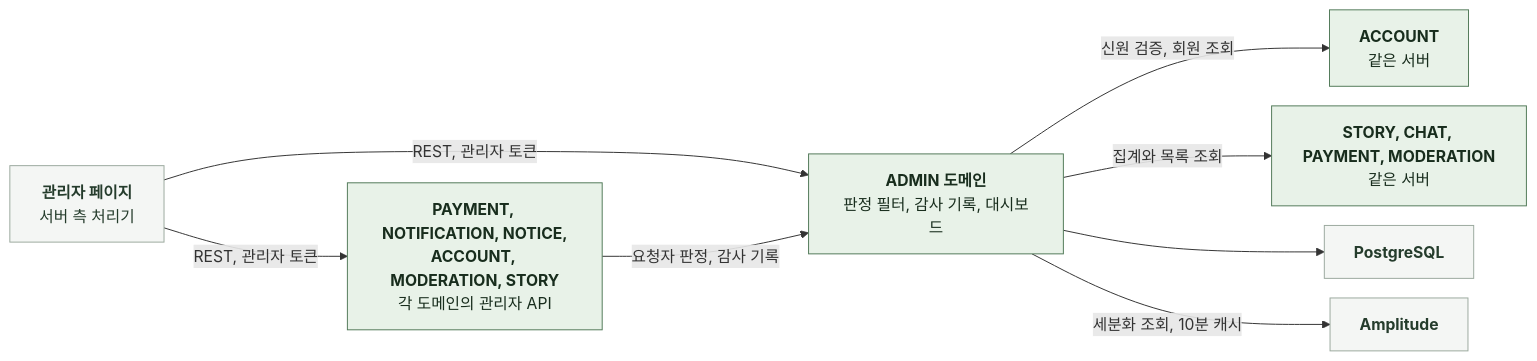
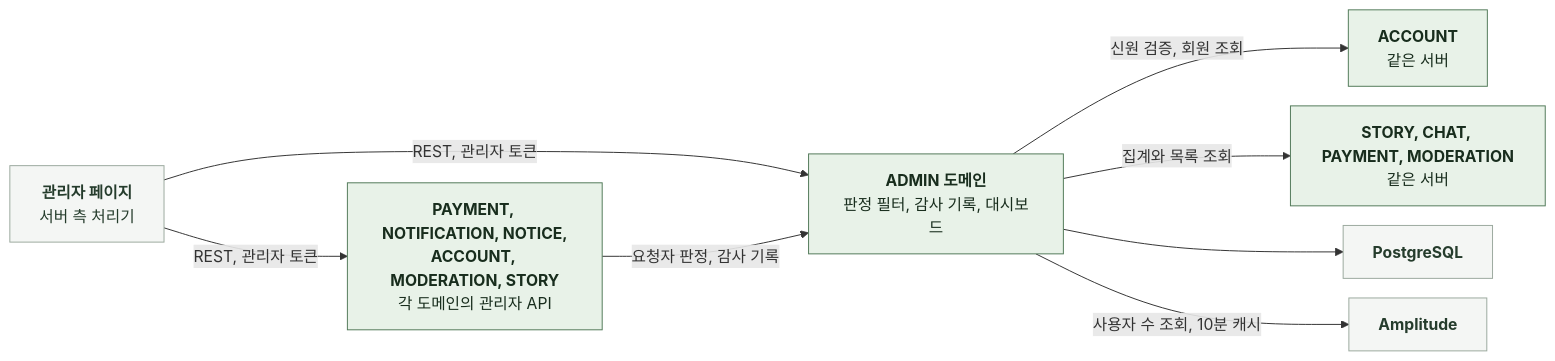
Before and after one commit to KIM-N-KANG/knk-harness: the diagram in docs/domain/ADMIN/BACKEND/3-1-SOFTWARE-ARCHITECTURE.md, drawn with Mermaid. The commit also changed other lines of this file and 8 other files, not shown here.

Commit message:
[KNK-1728] Docs: Amplitude 지표를 활성·신규 사용자 수 API로 조회하도록 수정

````diff
--- a/docs/domain/ADMIN/BACKEND/3-1-SOFTWARE-ARCHITECTURE.md
+++ b/docs/domain/ADMIN/BACKEND/3-1-SOFTWARE-ARCHITECTURE.md
@@ -20,21 +20,21 @@
 ```mermaid
 %%{init: {"flowchart": {"curve": "basis", "nodeSpacing": 20, "rankSpacing": 60}}}%%
 flowchart LR
     A["`**관리자 페이지**
 서버 측 처리기`"] -->|REST, 관리자 토큰| S["`**ADMIN 도메인**
 판정 필터, 감사 기록, 대시보드`"]
     A -->|REST, 관리자 토큰| O["`**PAYMENT, NOTIFICATION, NOTICE,
 ACCOUNT, MODERATION, STORY**
 각 도메인의 관리자 API`"]
     O -->|요청자 판정, 감사 기록| S
     S -->|신원 검증, 회원 조회| AC["`**ACCOUNT**
 같은 서버`"]
     S -->|집계와 목록 조회| R["`**STORY, CHAT, PAYMENT, MODERATION**
 같은 서버`"]
     S --> DB["`**PostgreSQL**`"]
-    S -->|세분화 조회, 10분 캐시| AM["`**Amplitude**`"]
+    S -->|사용자 수 조회, 10분 캐시| AM["`**Amplitude**`"]
     classDef ext fill:#F4F6F4,stroke:#9BA99E,color:#253C2C
     classDef comp fill:#E8F2E8,stroke:#527A59,color:#182D1D
     class A,DB,AM ext
     class S,O,AC,R comp
 ```
````
